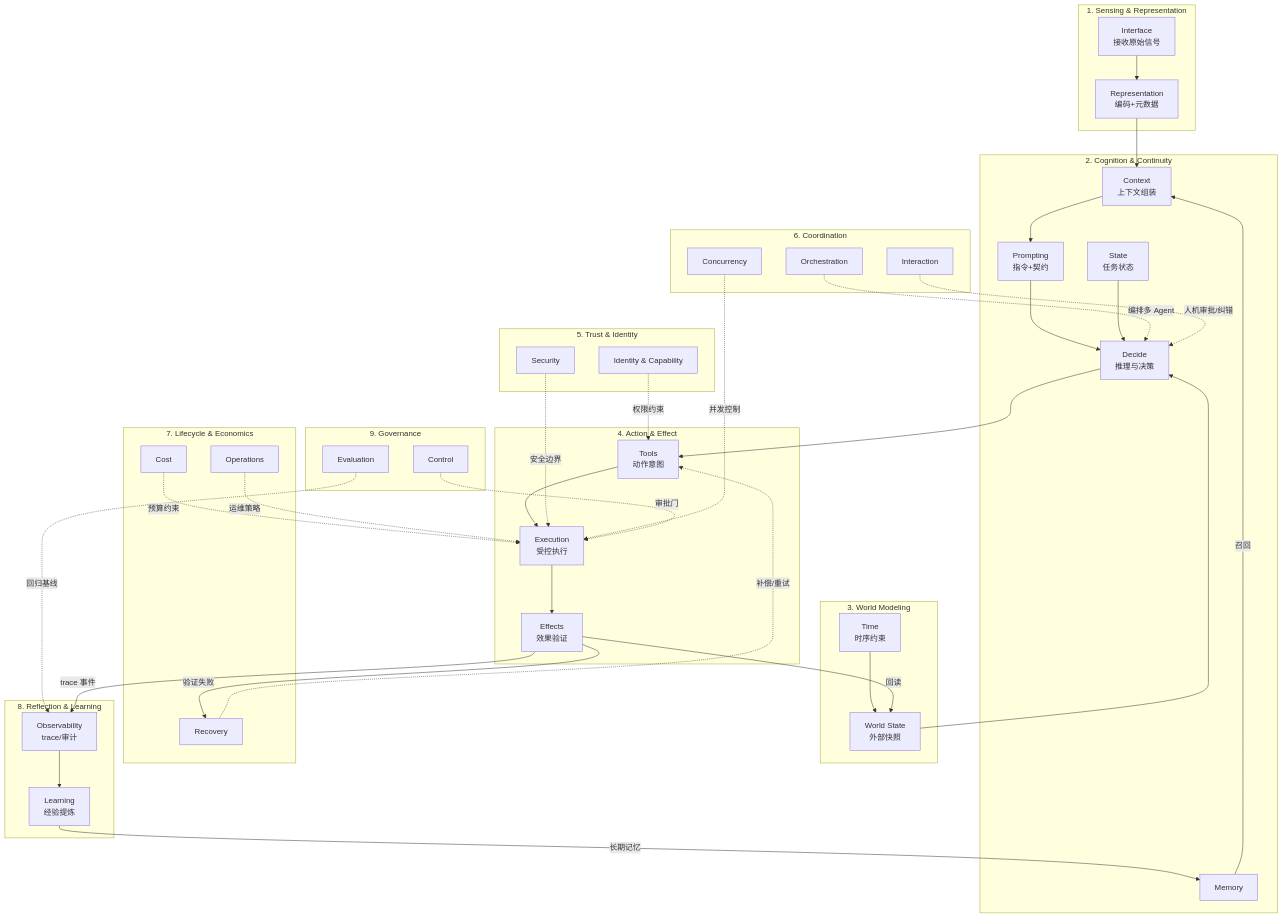
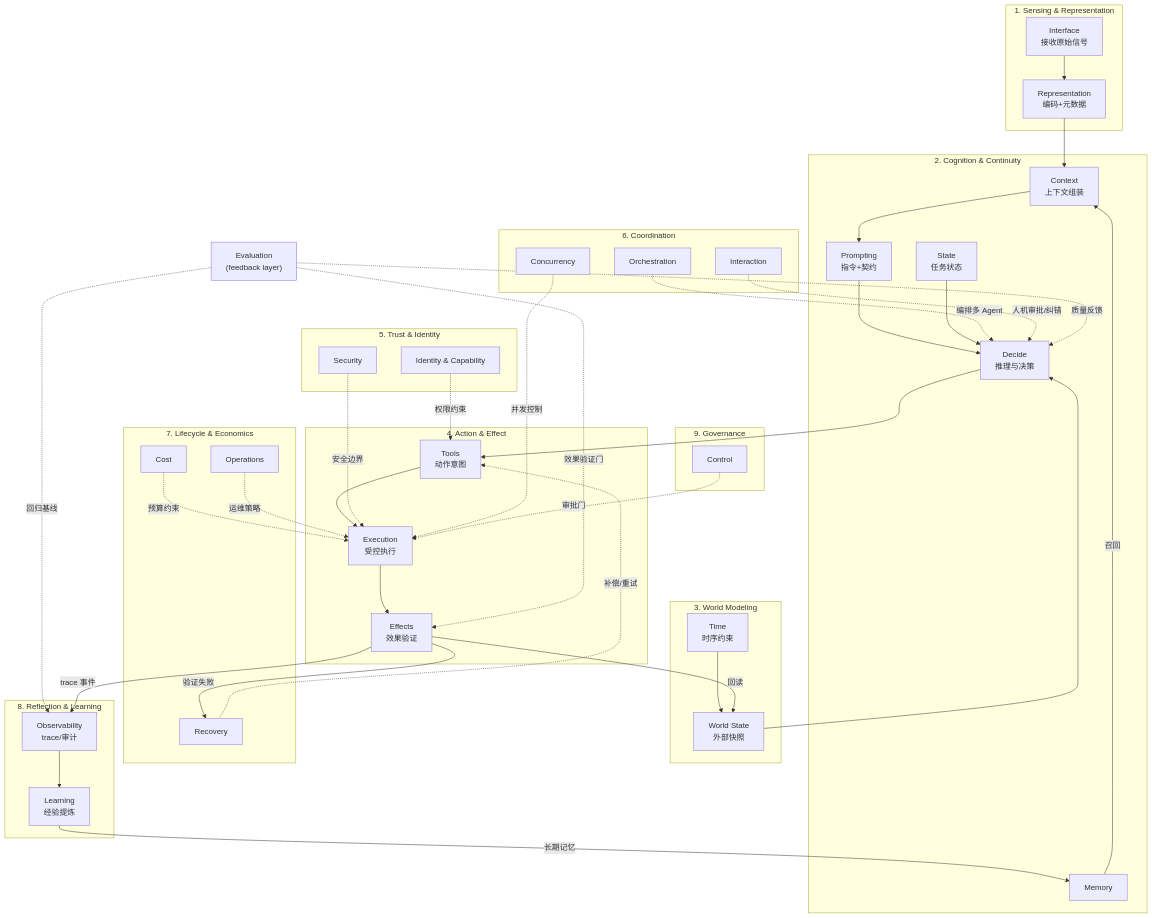
Before and after one commit to jyqj/ai-agent-skill: the eighth of 8 diagrams in ARCHITECTURE.md, drawn with Mermaid. The commit also changed other lines of this file and 354 other files, not shown here.

First line of the commit message:
refactor: 全库去AI味改写 + 一致性修复 + Mermaid 补图

````diff
--- a/ARCHITECTURE.md
+++ b/ARCHITECTURE.md
@@ -398,48 +407,50 @@
 ```mermaid
 graph TB
     subgraph "1. Sensing & Representation"
         P_INT[Interface<br/>接收原始信号] --> P_REP[Representation<br/>编码+元数据]
     end
     subgraph "2. Cognition & Continuity"
         P_CTX[Context<br/>上下文组装] --> P_PRM[Prompting<br/>指令+契约]
         P_PRM --> P_DEC[Decide<br/>推理与决策]
         P_MEM[Memory] -->|召回| P_CTX
         P_ST[State<br/>任务状态] --> P_DEC
     end
     subgraph "3. World Modeling"
         P_WS[World State<br/>外部快照] --> P_DEC
         P_TM[Time<br/>时序约束] --> P_WS
     end
     subgraph "4. Action & Effect"
         P_TL[Tools<br/>动作意图] --> P_EXE[Execution<br/>受控执行]
         P_EXE --> P_EFF[Effects<br/>效果验证]
     end
     subgraph "5. Trust & Identity"
         P_ID[Identity & Capability] -.->|权限约束| P_TL
         P_SEC[Security] -.->|安全边界| P_EXE
     end
     subgraph "6. Coordination"
         P_ORCH[Orchestration] -.->|编排多 Agent| P_DEC
         P_INTR[Interaction] -.->|人机审批/纠错| P_DEC
         P_CONC[Concurrency] -.->|并发控制| P_EXE
     end
     subgraph "7. Lifecycle & Economics"
         P_COST[Cost] -.->|预算约束| P_EXE
         P_REC[Recovery] -.->|补偿/重试| P_TL
         P_OPS[Operations] -.->|运维策略| P_EXE
     end
     subgraph "8. Reflection & Learning"
         P_OBS[Observability<br/>trace/审计] --> P_LEARN[Learning<br/>经验提炼]
         P_LEARN -->|长期记忆| P_MEM
     end
     subgraph "9. Governance"
         P_CTRL[Control] -.->|审批门| P_EXE
-        P_EVAL[Evaluation] -.->|回归基线| P_OBS
     end
+    P_EVAL["Evaluation<br/>(feedback layer)"] -.->|回归基线| P_OBS
+    P_EVAL -.->|效果验证门| P_EFF
+    P_EVAL -.->|质量反馈| P_DEC
 
     P_REP --> P_CTX
     P_DEC --> P_TL
     P_EFF -->|回读| P_WS
     P_EFF -->|trace 事件| P_OBS
     P_EFF -->|验证失败| P_REC
 ```
````
